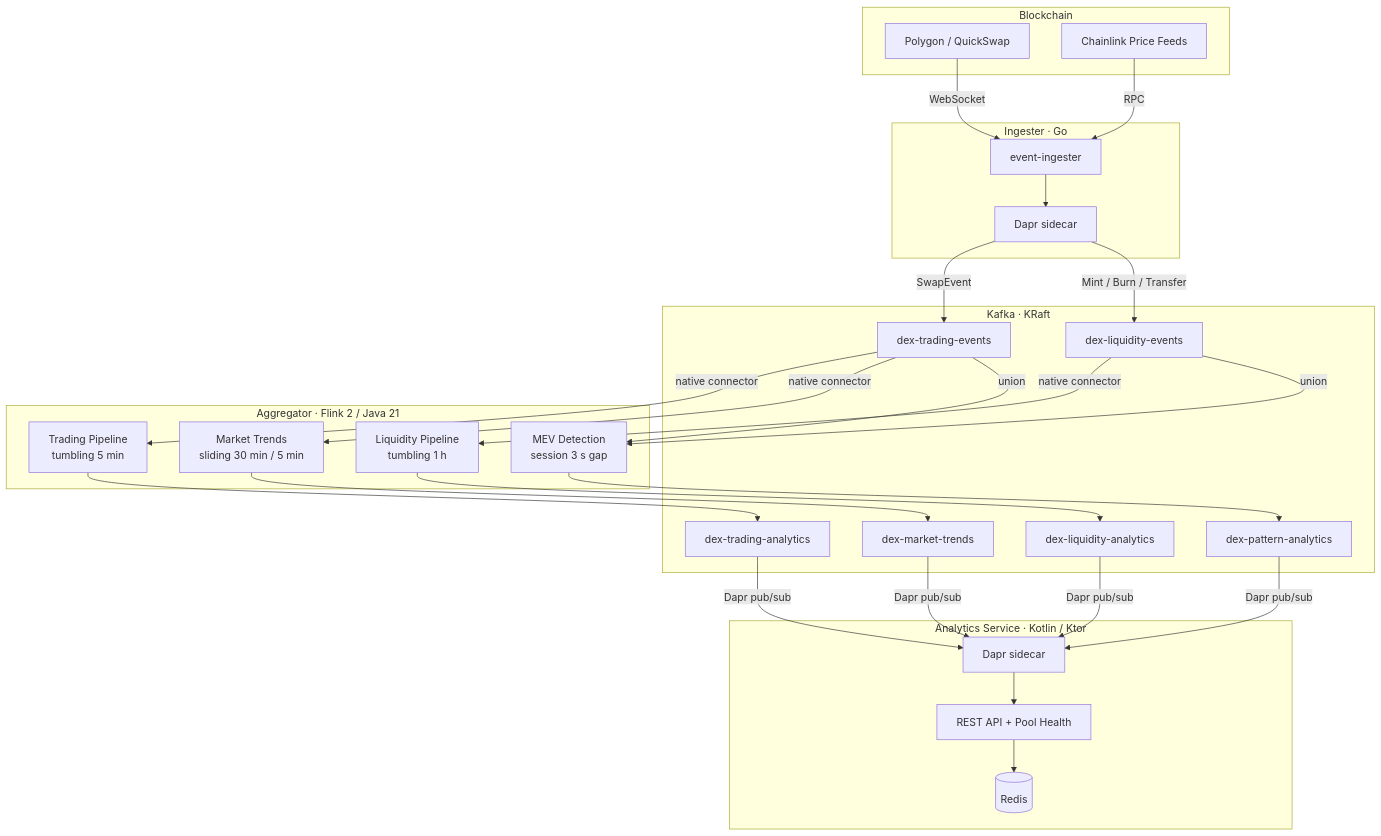
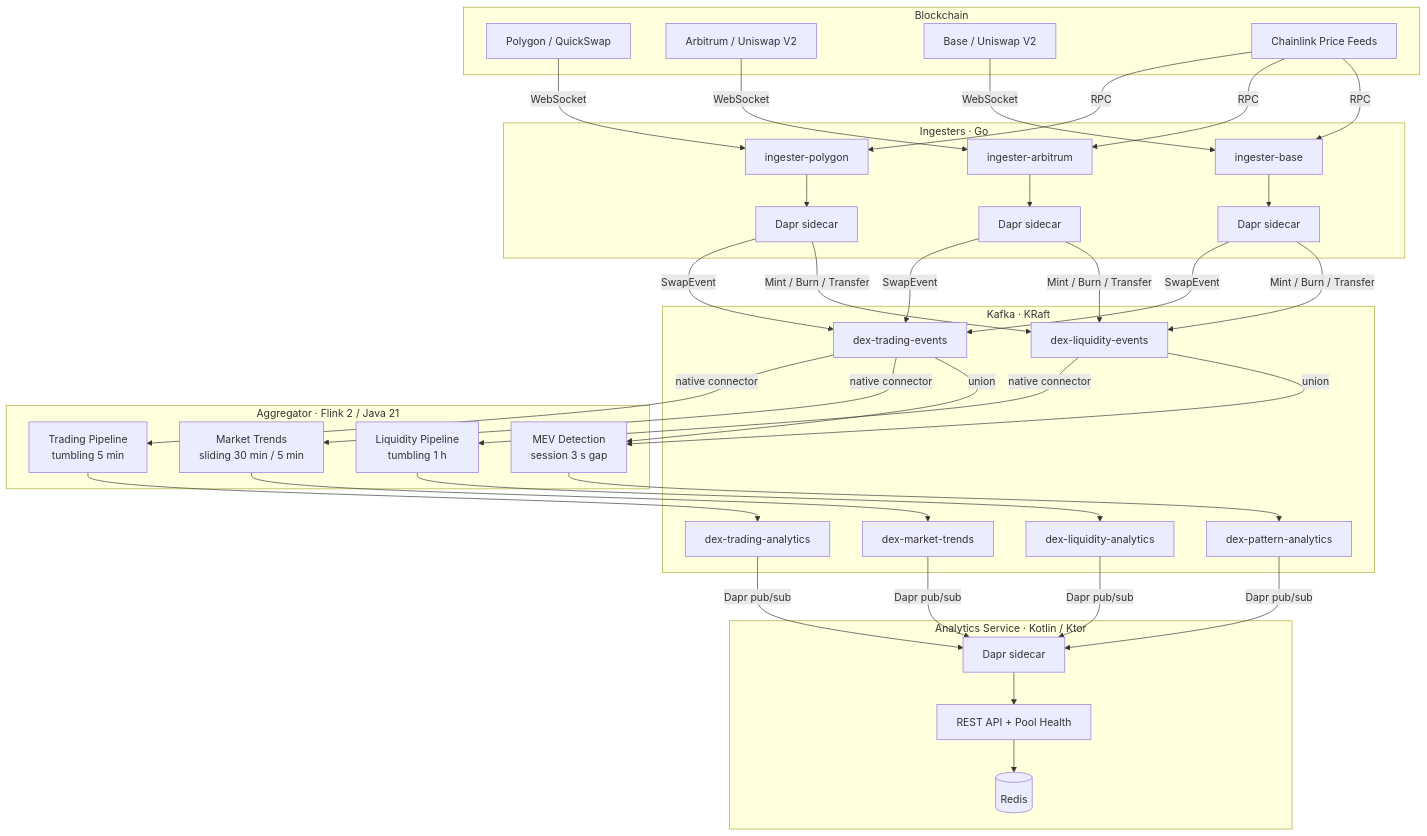
Before and after one commit to peterzzshi/dex-stream-analytics: the first of 2 diagrams in ARCHITECTURE.md, drawn with Mermaid. The commit also changed other lines of this file and 20 other files, not shown here.

````diff
--- a/ARCHITECTURE.md
+++ b/ARCHITECTURE.md
@@ -7,54 +7,66 @@
 ```mermaid
 graph TD
     subgraph Blockchain
         POLY[Polygon / QuickSwap]
+        ARB[Arbitrum / Uniswap V2]
+        BASE[Base / Uniswap V2]
         CHAIN[Chainlink Price Feeds]
     end
 
-    subgraph "Ingester · Go"
-        ING[event-ingester]
-        ING_DAPR[Dapr sidecar]
+    subgraph "Ingesters · Go"
+        ING_P[ingester-polygon]
+        ING_A[ingester-arbitrum]
+        ING_B[ingester-base]
+        DAPR_P[Dapr sidecar]
+        DAPR_A[Dapr sidecar]
+        DAPR_B[Dapr sidecar]
     end
 
     subgraph "Kafka · KRaft"
         KT[dex-trading-events]
         KL[dex-liquidity-events]
         OT[dex-trading-analytics]
         OL[dex-liquidity-analytics]
         OP[dex-pattern-analytics]
         OM[dex-market-trends]
     end
 
     subgraph "Aggregator · Flink 2 / Java 21"
         F1[Trading Pipeline<br/>tumbling 5 min]
         F2[Liquidity Pipeline<br/>tumbling 1 h]
         F3[MEV Detection<br/>session 3 s gap]
         F4[Market Trends<br/>sliding 30 min / 5 min]
     end
 
     subgraph "Analytics Service · Kotlin / Ktor"
         API[REST API + Pool Health]
         API_DAPR[Dapr sidecar]
         REDIS[(Redis)]
     end
 
-    POLY -- WebSocket --> ING
-    CHAIN -- RPC --> ING
-    ING --> ING_DAPR
-    ING_DAPR -- SwapEvent --> KT
-    ING_DAPR -- "Mint / Burn / Transfer" --> KL
+    POLY -- WebSocket --> ING_P
+    ARB -- WebSocket --> ING_A
+    BASE -- WebSocket --> ING_B
+    CHAIN -- RPC --> ING_P & ING_A & ING_B
+    
+    ING_P --> DAPR_P
+    ING_A --> DAPR_A
+    ING_B --> DAPR_B
+    
+    DAPR_P & DAPR_A & DAPR_B -- SwapEvent --> KT
+    DAPR_P & DAPR_A & DAPR_B -- "Mint / Burn / Transfer" --> KL
 
     KT -- native connector --> F1
     KT -- native connector --> F4
     KL -- native connector --> F2
     KT & KL -- union --> F3
 
     F1 --> OT
     F2 --> OL
     F3 --> OP
     F4 --> OM
 
     OT & OL & OP & OM -- Dapr pub/sub --> API_DAPR
     API_DAPR --> API
     API --> REDIS
 ```
````
